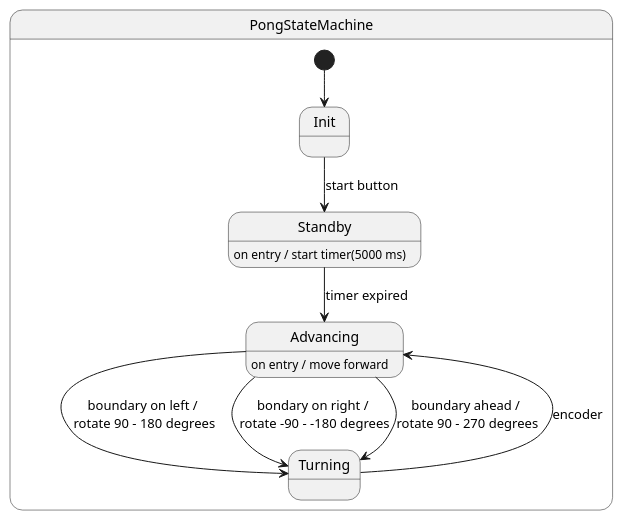
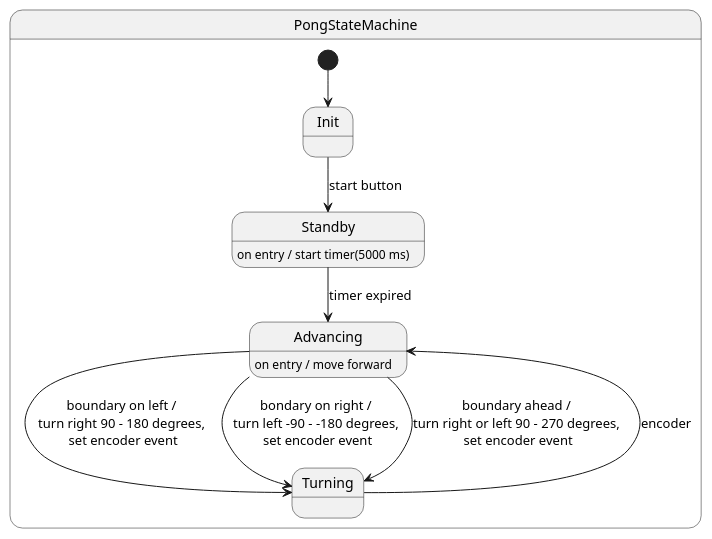
Before and after one commit to AndrewWasHere/pongbot: the diagram in statechart.puml, drawn with PlantUML. The commit also changed 5 other files, not shown here.

```diff
--- a/statechart.puml
+++ b/statechart.puml
@@ -1,13 +1,13 @@
 @startuml
 state PongStateMachine {
     [*] --> Init
     Init --> Standby : start button
     Standby : on entry / start timer(5000 ms)
     Standby --> Advancing : timer expired
     Advancing : on entry / move forward
-    Advancing --> Turning : boundary on left / \nrotate 90 - 180 degrees
-    Advancing --> Turning : bondary on right / \nrotate -90 - -180 degrees
-    Advancing --> Turning : boundary ahead / \nrotate 90 - 270 degrees
+    Advancing --> Turning : boundary on left / \nturn right 90 - 180 degrees, \nset encoder event
+    Advancing --> Turning : bondary on right / \nturn left -90 - -180 degrees, \nset encoder event
+    Advancing --> Turning : boundary ahead / \nturn right or left 90 - 270 degrees, \nset encoder event
     Turning --> Advancing : encoder
 }
 @enduml
```
